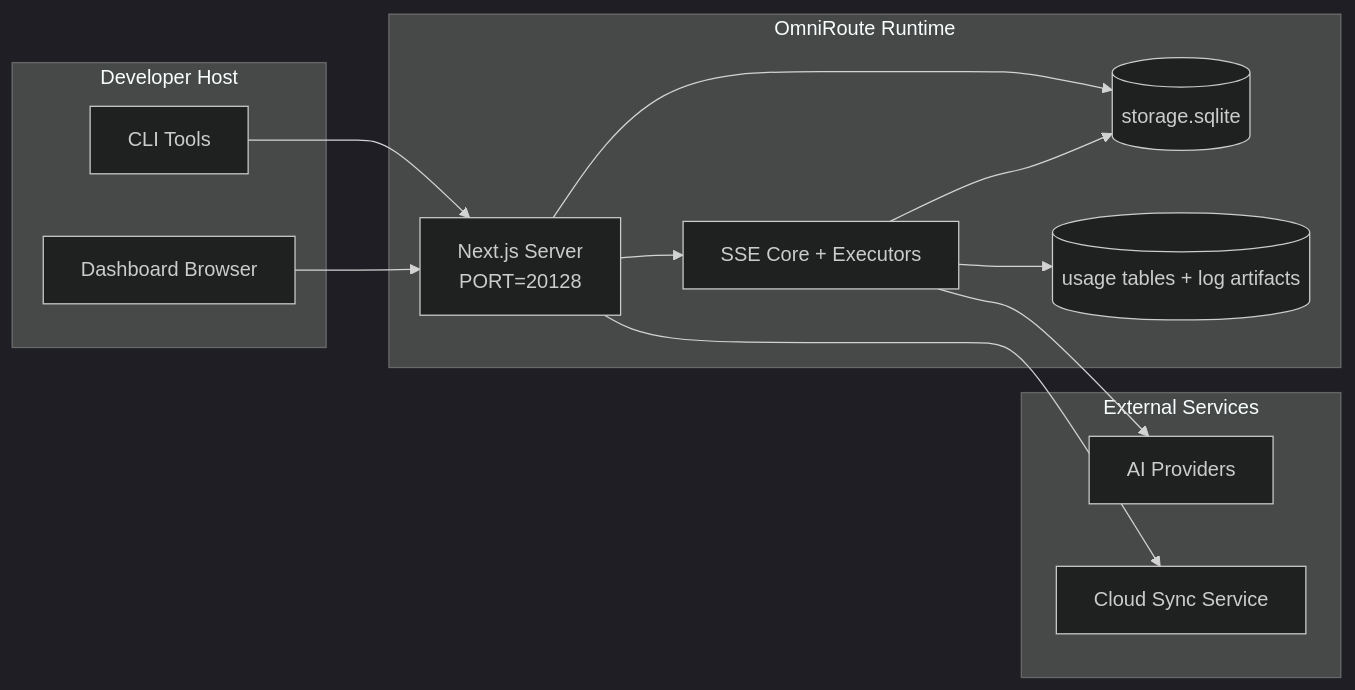
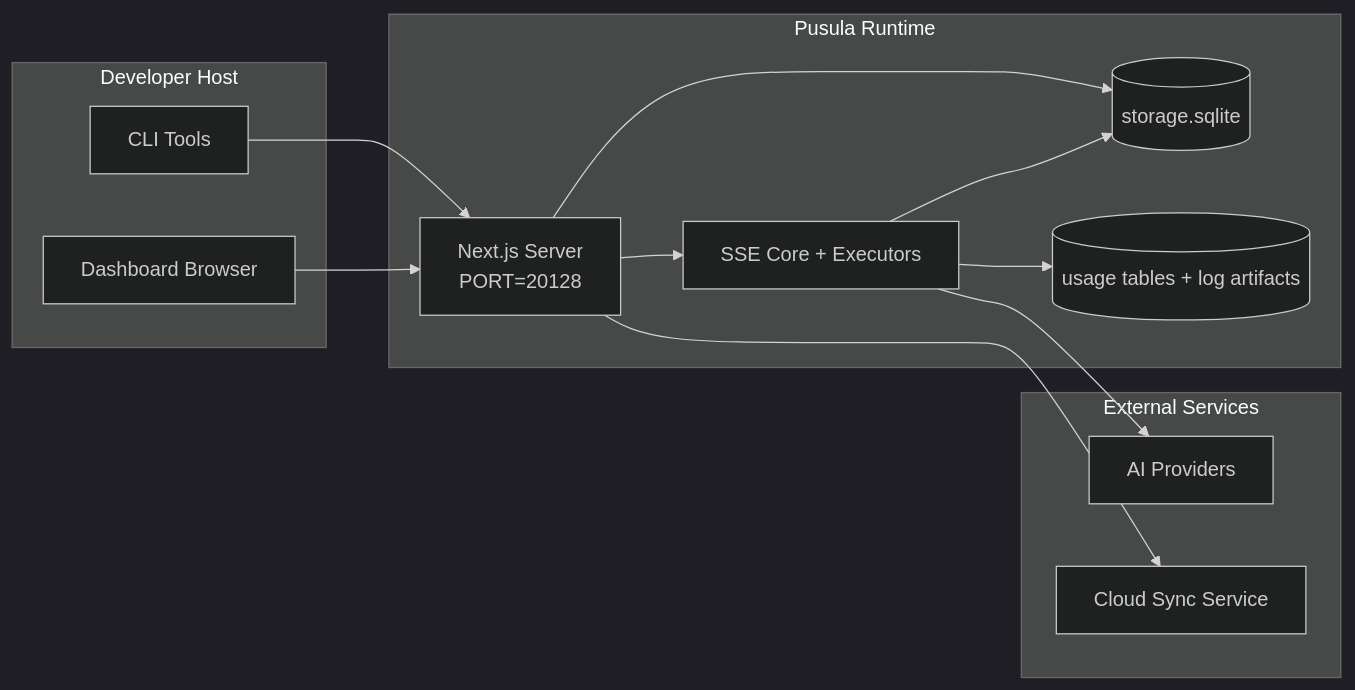
The seventh of 7 diagrams in docs/i18n/de/docs/architecture/ARCHITECTURE.md (Ferhat-Yasinoglu/pusula), drawn with Mermaid (dark theme) before and after one commit. The commit also changed other lines of this file and 5718 other files, not shown here.

First line of the commit message:
Rename OmniRoute to Pusula across paths and content

````diff
--- a/docs/i18n/de/docs/architecture/ARCHITECTURE.md
+++ b/docs/i18n/de/docs/architecture/ARCHITECTURE.md
@@ -770,28 +770,28 @@
 ```mermaid
 flowchart LR
     subgraph LocalHost[Developer Host]
         CLI[CLI Tools]
         Browser[Dashboard Browser]
     end
 
-    subgraph ContainerOrProcess[OmniRoute Runtime]
+    subgraph ContainerOrProcess[Pusula Runtime]
         Next[Next.js Server\nPORT=20128]
         Core[SSE Core + Executors]
         MainDB[(storage.sqlite)]
         UsageDB[(usage tables + log artifacts)]
     end
 
     subgraph External[External Services]
         Providers[AI Providers]
         SyncCloud[Cloud Sync Service]
     end
 
     CLI --> Next
     Browser --> Next
     Next --> Core
     Next --> MainDB
     Core --> MainDB
     Core --> UsageDB
     Core --> Providers
     Next --> SyncCloud
 ```
````
